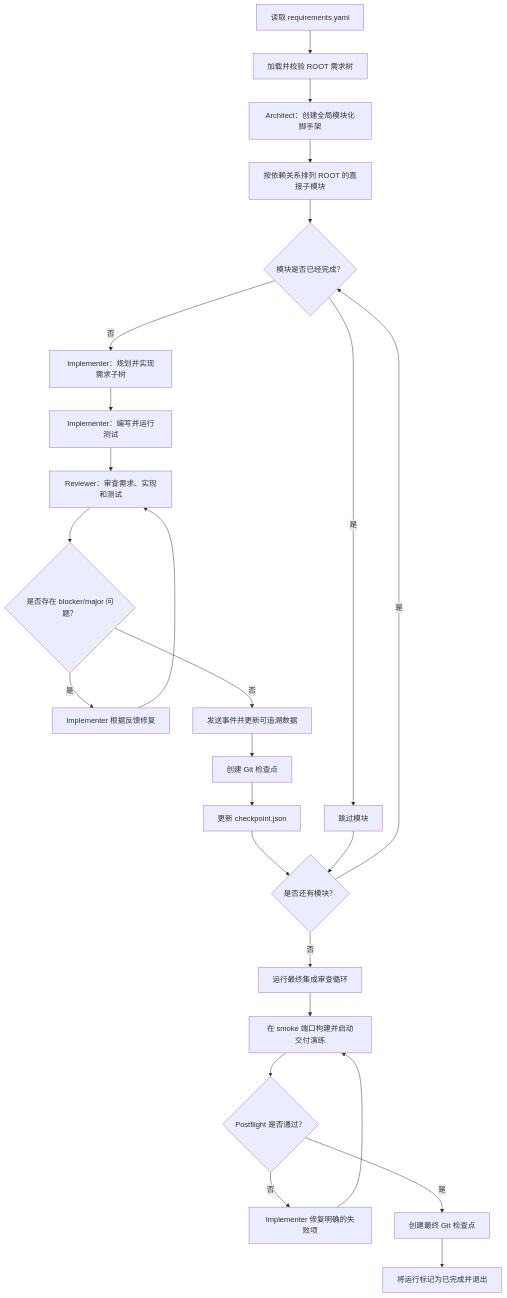
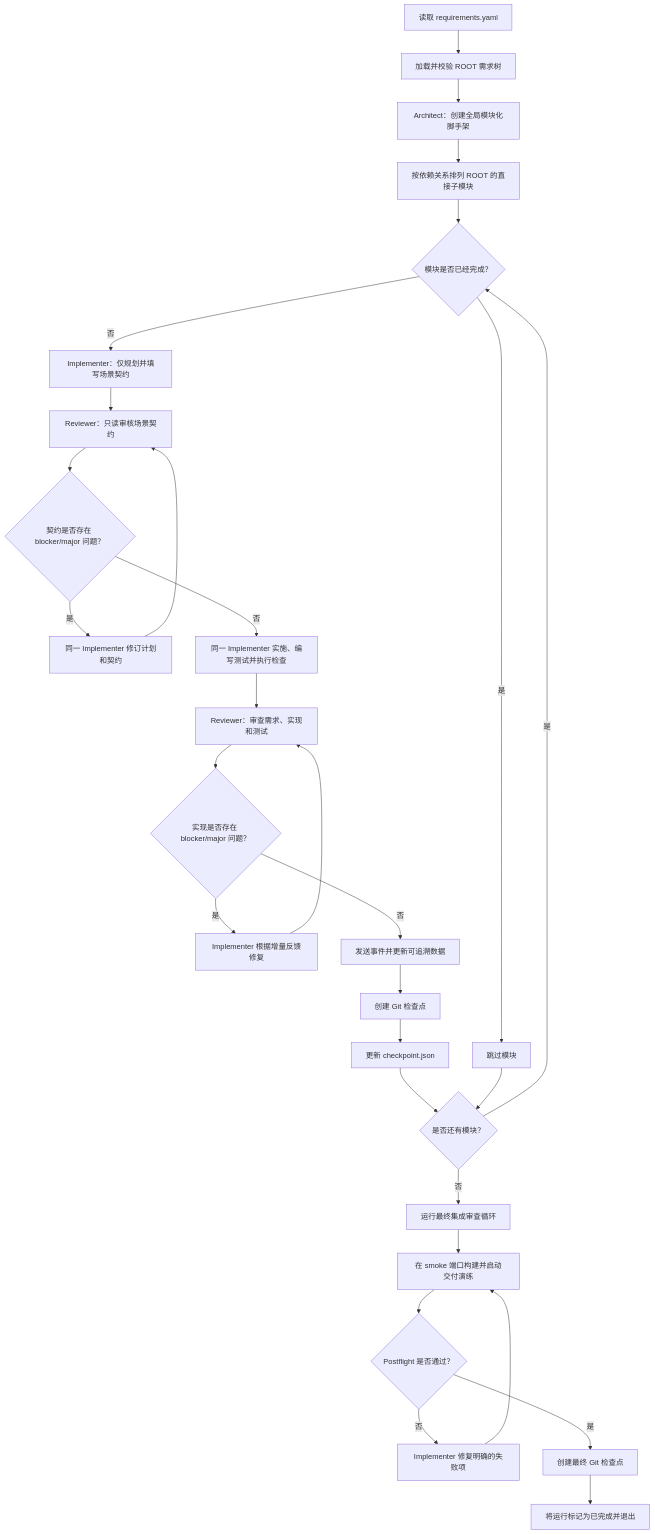
Before and after one commit to onewesong/hafleet-arc: the diagram in README.zh-CN.md, drawn with Mermaid. The commit also changed other lines of this file and 12 other files, not shown here.

````diff
--- a/README.zh-CN.md
+++ b/README.zh-CN.md
@@ -32,27 +32,31 @@
 ```mermaid
 flowchart TD
     A["读取 requirements.yaml"] --> B["加载并校验 ROOT 需求树"]
     B --> C["Architect：创建全局模块化脚手架"]
     C --> D["按依赖关系排列 ROOT 的直接子模块"]
     D --> E{"模块是否已经完成？"}
     E -- "是" --> F["跳过模块"]
-    E -- "否" --> G["Implementer：规划并实现需求子树"]
-    G --> H["Implementer：编写并运行测试"]
-    H --> I["Reviewer：审查需求、实现和测试"]
-    I --> J{"是否存在 blocker/major 问题？"}
-    J -- "是" --> K["Implementer 根据反馈修复"]
-    K --> I
-    J -- "否" --> L["发送事件并更新可追溯数据"]
-    L --> M["创建 Git 检查点"]
-    M --> N["更新 checkpoint.json"]
-    N --> O{"是否还有模块？"}
-    F --> O
-    O -- "是" --> E
-    O -- "否" --> P["运行最终集成审查循环"]
-    P --> Q["在 smoke 端口构建并启动交付演练"]
-    Q --> R{"Postflight 是否通过？"}
-    R -- "否" --> S["Implementer 修复明确的失败项"]
-    S --> Q
-    R -- "是" --> T["创建最终 Git 检查点"]
-    T --> U["将运行标记为已完成并退出"]
+    E -- "否" --> G["Implementer：仅规划并填写场景契约"]
+    G --> H["Reviewer：只读审核场景契约"]
+    H --> I{"契约是否存在 blocker/major 问题？"}
+    I -- "是" --> J["同一 Implementer 修订计划和契约"]
+    J --> H
+    I -- "否" --> K["同一 Implementer 实施、编写测试并执行检查"]
+    K --> L["Reviewer：审查需求、实现和测试"]
+    L --> M{"实现是否存在 blocker/major 问题？"}
+    M -- "是" --> N["Implementer 根据增量反馈修复"]
+    N --> L
+    M -- "否" --> O["发送事件并更新可追溯数据"]
+    O --> P["创建 Git 检查点"]
+    P --> Q["更新 checkpoint.json"]
+    Q --> R{"是否还有模块？"}
+    F --> R
+    R -- "是" --> E
+    R -- "否" --> S["运行最终集成审查循环"]
+    S --> T["在 smoke 端口构建并启动交付演练"]
+    T --> U{"Postflight 是否通过？"}
+    U -- "否" --> V["Implementer 修复明确的失败项"]
+    V --> T
+    U -- "是" --> W["创建最终 Git 检查点"]
+    W --> X["将运行标记为已完成并退出"]
 ```
````
